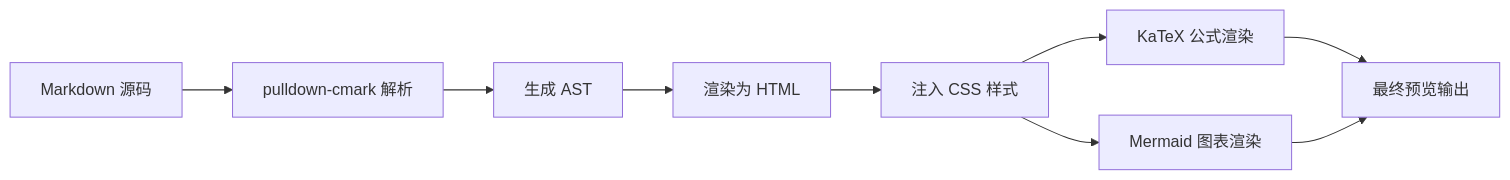
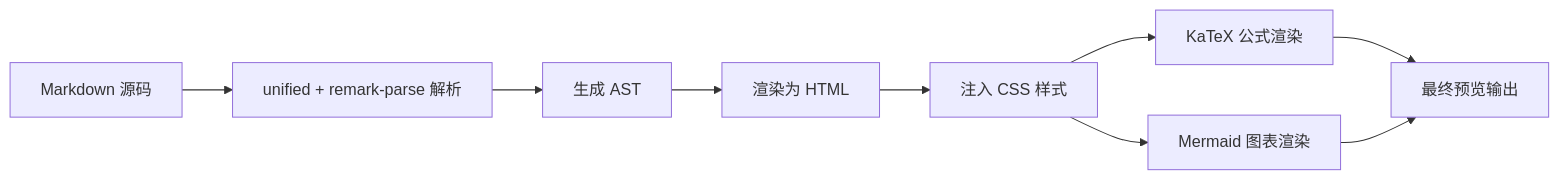
Before and after one commit to AlexIllinois2/TizuMark: the tenth of 10 diagrams in demo.md, drawn with Mermaid. The commit also changed other lines of this file and 8 other files, not shown here.

````diff
--- a/demo.md
+++ b/demo.md
@@ -1054,11 +1052,11 @@
 ```mermaid
 graph LR
-    A[Markdown 源码] --> B[pulldown-cmark 解析]
+    A[Markdown 源码] --> B[unified + remark-parse 解析]
     B --> C[生成 AST]
     C --> D[渲染为 HTML]
     D --> E[注入 CSS 样式]
     E --> F[KaTeX 公式渲染]
     E --> G[Mermaid 图表渲染]
     F --> H[最终预览输出]
     G --> H
 ```
````
